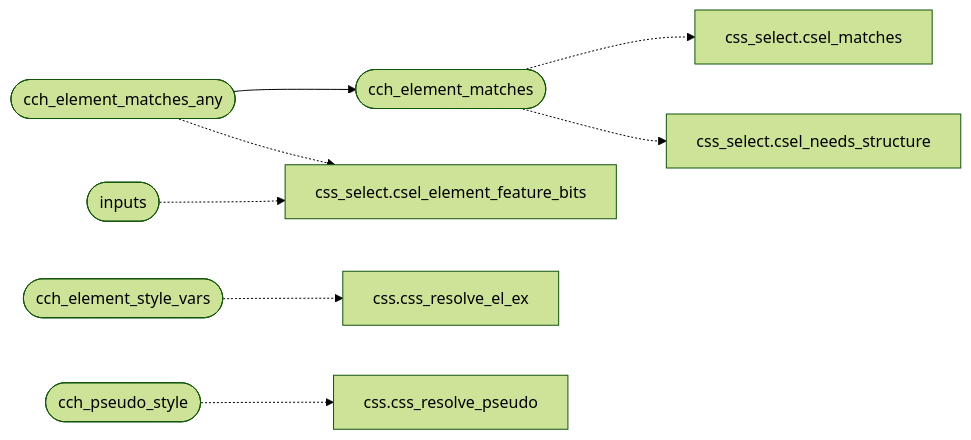
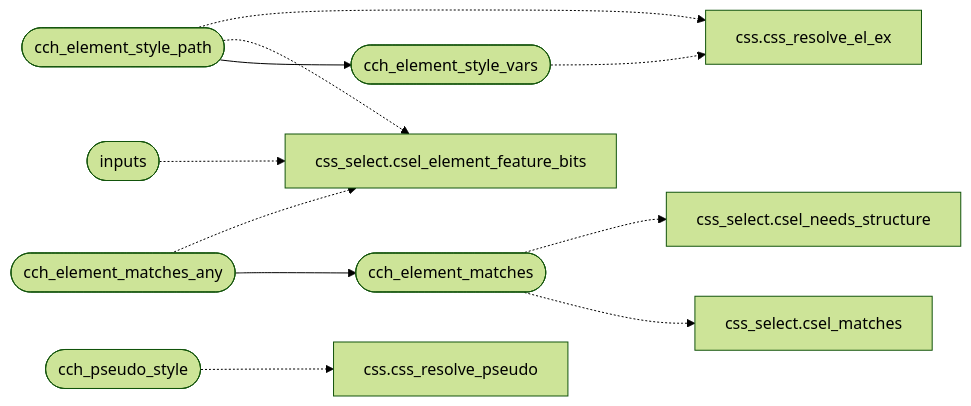
The second of 2 diagrams in readmenator-apidocs/modules/src.css_chain.c.md (grisuno/FreeDom), drawn with Mermaid (forest theme) before and after one commit. The commit also changed other lines of this file and 205 other files, not shown here.

````diff
--- a/readmenator-apidocs/modules/src.css_chain.c.md
+++ b/readmenator-apidocs/modules/src.css_chain.c.md
@@ -26,20 +28,24 @@
 ```mermaid
 flowchart LR
+    n_src_css_chain_c__cch_element_style_path(["cch_element_style_path"])
+    n_src_css_chain_c__cch_element_style_vars(["cch_element_style_vars"])
     n_src_css_chain_c__cch_element_matches_any(["cch_element_matches_any"])
     n_src_css_chain_c__cch_element_matches(["cch_element_matches"])
     n_src_css_chain_c__inputs(["inputs"])
     n_include_css_select_h__csel_element_feature_bits["css_select.csel_element_feature_bits"]
-    n_src_css_chain_c__cch_element_style_vars(["cch_element_style_vars"])
     n_src_css_c__css_resolve_el_ex["css.css_resolve_el_ex"]
     n_src_css_chain_c__cch_pseudo_style(["cch_pseudo_style"])
     n_src_css_c__css_resolve_pseudo["css.css_resolve_pseudo"]
     n_include_css_select_h__csel_matches["css_select.csel_matches"]
     n_src_css_select_c__csel_needs_structure["css_select.csel_needs_structure"]
+    n_src_css_chain_c__cch_element_style_path --> n_src_css_chain_c__cch_element_style_vars
     n_src_css_chain_c__cch_element_matches_any --> n_src_css_chain_c__cch_element_matches
     n_src_css_chain_c__inputs -.-> n_include_css_select_h__csel_element_feature_bits
     n_src_css_chain_c__cch_element_style_vars -.-> n_src_css_c__css_resolve_el_ex
+    n_src_css_chain_c__cch_element_style_path -.-> n_include_css_select_h__csel_element_feature_bits
+    n_src_css_chain_c__cch_element_style_path -.-> n_src_css_c__css_resolve_el_ex
     n_src_css_chain_c__cch_pseudo_style -.-> n_src_css_c__css_resolve_pseudo
     n_src_css_chain_c__cch_element_matches -.-> n_include_css_select_h__csel_matches
     n_src_css_chain_c__cch_element_matches -.-> n_src_css_select_c__csel_needs_structure
     n_src_css_chain_c__cch_element_matches_any -.-> n_include_css_select_h__csel_element_feature_bits
 ```
````
